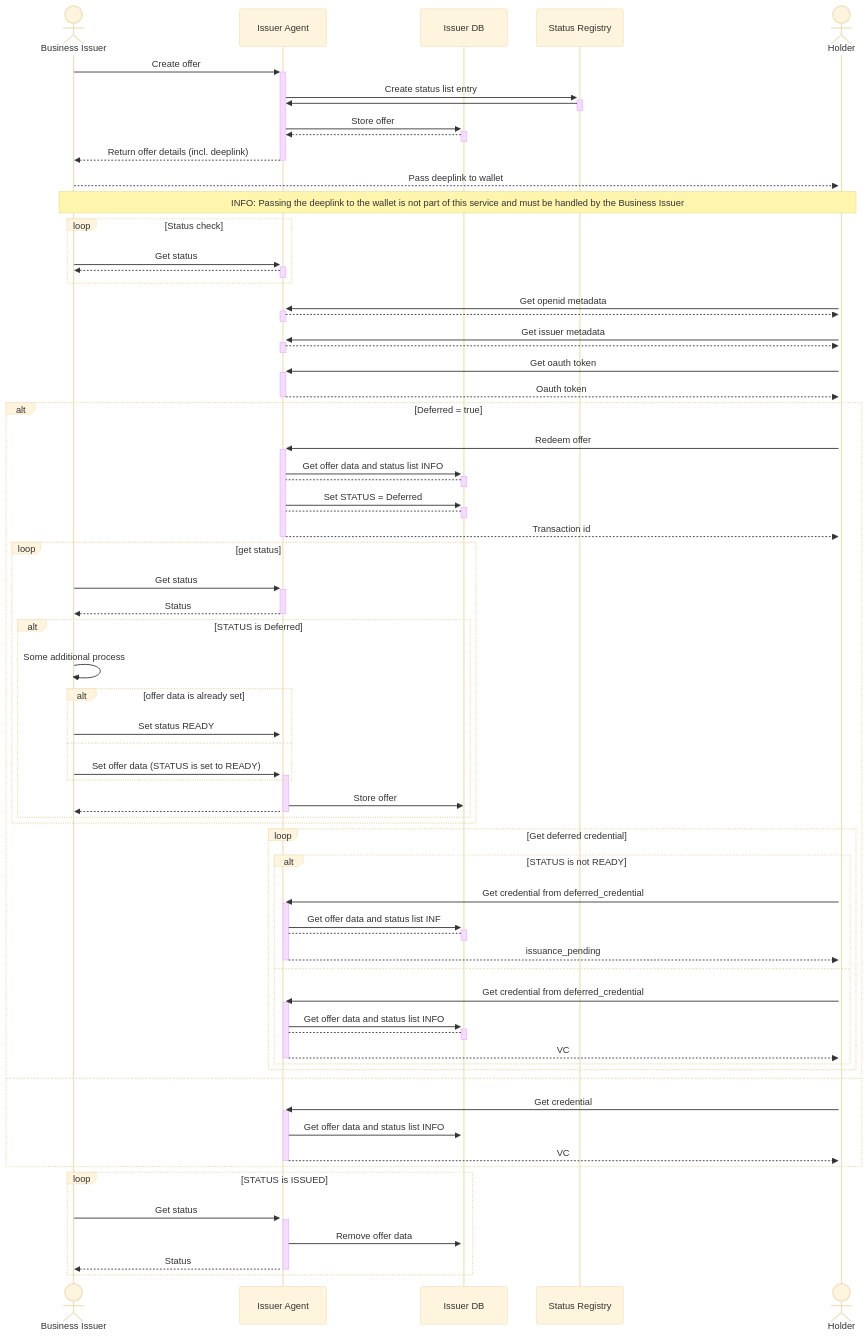
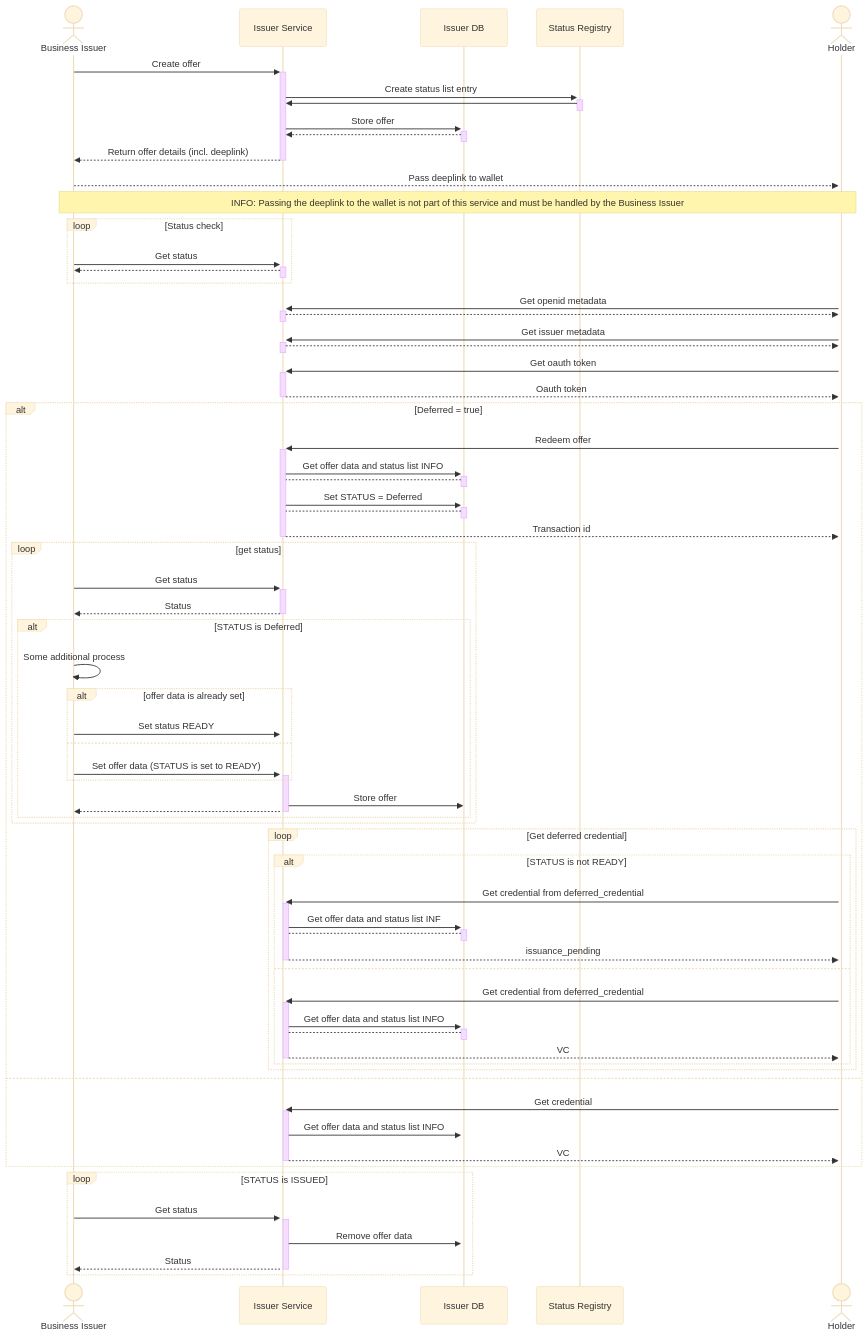
The fourth of 5 diagrams in README.md (swiyu-admin-ch/swiyu-issuer), drawn with Mermaid (base theme) before and after one commit. The commit also changed other lines of this file and 8 other files, not shown here.

```diff
--- a/README.md
+++ b/README.md
@@ -616,7 +616,7 @@
 sequenceDiagram
     actor BUSINESS as Business Issuer 
 
-    participant ISS as Issuer Agent
+    participant ISS as Issuer Service
     participant DB as Issuer DB
     participant STATUS as Status Registry
 
```
